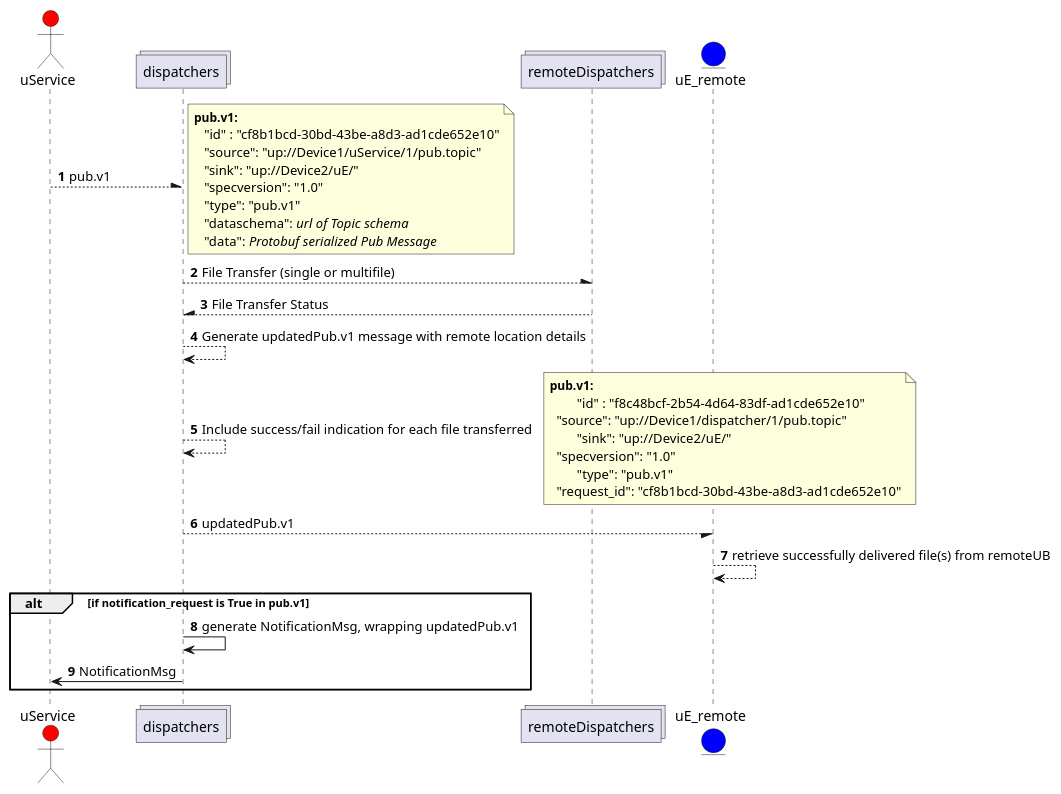
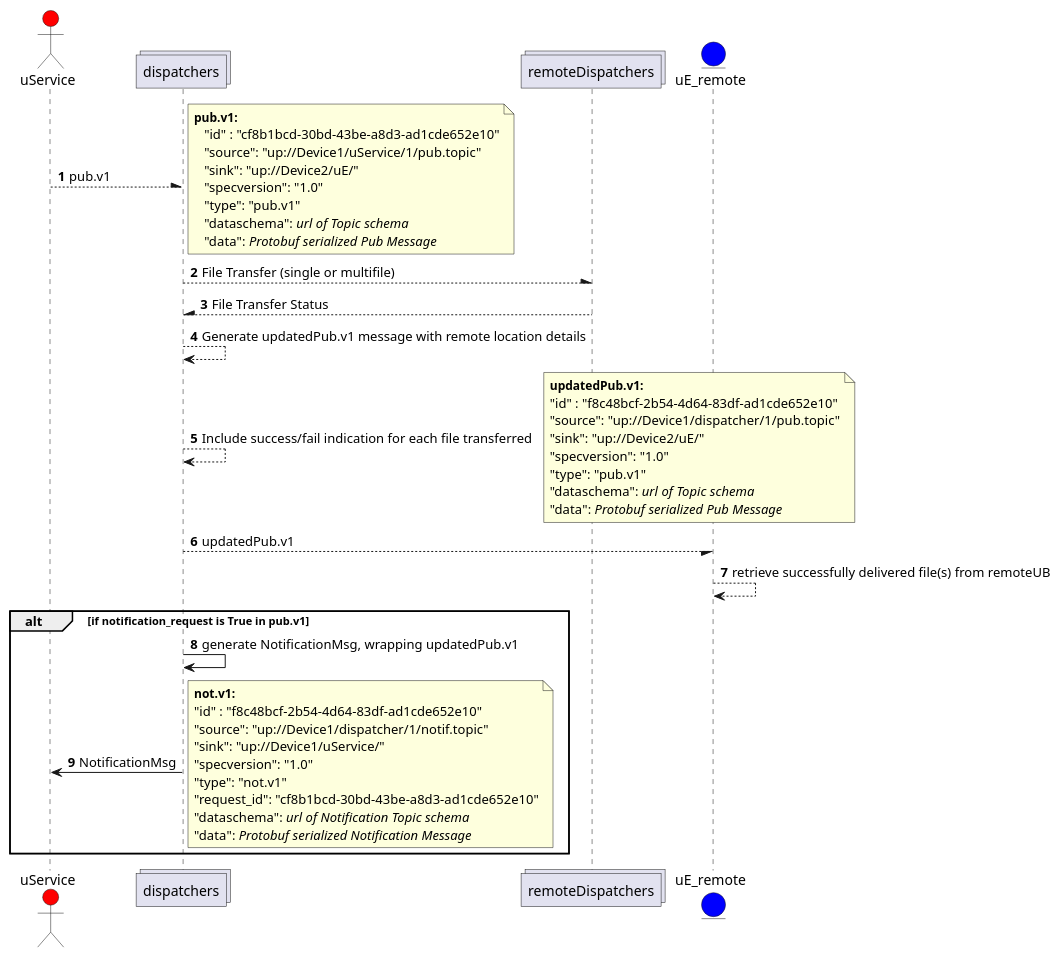
Before and after one commit to eclipse-uprotocol/up-spec: the diagram in up-l2/dispatchers/filePublish_flow.puml, drawn with PlantUML. The commit also changed 1 other file, not shown here.

```diff
--- a/up-l2/dispatchers/filePublish_flow.puml
+++ b/up-l2/dispatchers/filePublish_flow.puml
@@ -1,49 +1,64 @@
 @startuml
 'https://plantuml.com/sequence-diagram
 
 autonumber
 
 actor uService #red
 collections dispatchers as UB
 collections remoteDispatchers as remoteUB
 entity uE_remote as uE_remote #blue
 
 uService --\ UB: pub.v1
 note right
 	<size:12>**pub.v1:**</size>
     "id" : "cf8b1bcd-30bd-43be-a8d3-ad1cde652e10"
     "source": "up://Device1/uService/1/pub.topic"
     "sink": "up://Device2/uE/"
     "specversion": "1.0"
     "type": "pub.v1"
     "dataschema": //url of Topic schema//
     "data": //Protobuf serialized Pub Message//
 end note
 
 UB --\ remoteUB : File Transfer (single or multifile)
 remoteUB --\ UB : File Transfer Status
 
 UB --> UB : Generate updatedPub.v1 message with remote location details 
 UB --> UB : Include success/fail indication for each file transferred
 
 
 	note right
- 		<size:12>**pub.v1:**</size>
-    	"id" : "f8c48bcf-2b54-4d64-83df-ad1cde652e10"
-	    "source": "up://Device1/dispatcher/1/pub.topic"
-    	"sink": "up://Device2/uE/"
-	    "specversion": "1.0"
-    	"type": "pub.v1"
-	    "request_id": "cf8b1bcd-30bd-43be-a8d3-ad1cde652e10"
+		<size:12>**updatedPub.v1:**</size>
+		"id" : "f8c48bcf-2b54-4d64-83df-ad1cde652e10"
+		"source": "up://Device1/dispatcher/1/pub.topic"
+		"sink": "up://Device2/uE/"
+		"specversion": "1.0"
+		"type": "pub.v1"
+		"dataschema": //url of Topic schema//
+		"data": //Protobuf serialized Pub Message//
 	end note
 
 UB --/ uE_remote: updatedPub.v1
 
 uE_remote --> uE_remote : retrieve successfully delivered file(s) from remoteUB
 
 alt if notification_request is True in pub.v1
   UB -> UB : generate NotificationMsg, wrapping updatedPub.v1
   UB -> uService : NotificationMsg
+
+	note right
+		<size:12>**not.v1:**</size>
+		"id" : "f8c48bcf-2b54-4d64-83df-ad1cde652e10"
+		"source": "up://Device1/dispatcher/1/notif.topic"
+		"sink": "up://Device1/uService/"
+		"specversion": "1.0"
+		"type": "not.v1"
+		"request_id": "cf8b1bcd-30bd-43be-a8d3-ad1cde652e10"
+		"dataschema": //url of Notification Topic schema//
+		"data": //Protobuf serialized Notification Message//
+	end note
+
+
 end alt
 
 @enduml
```
